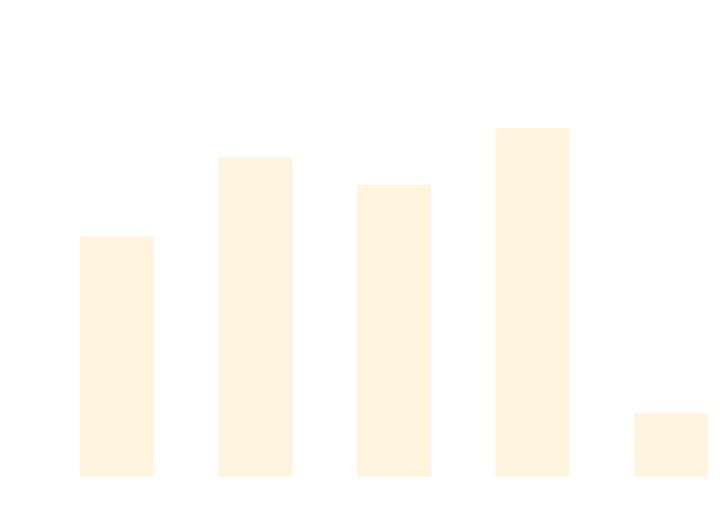
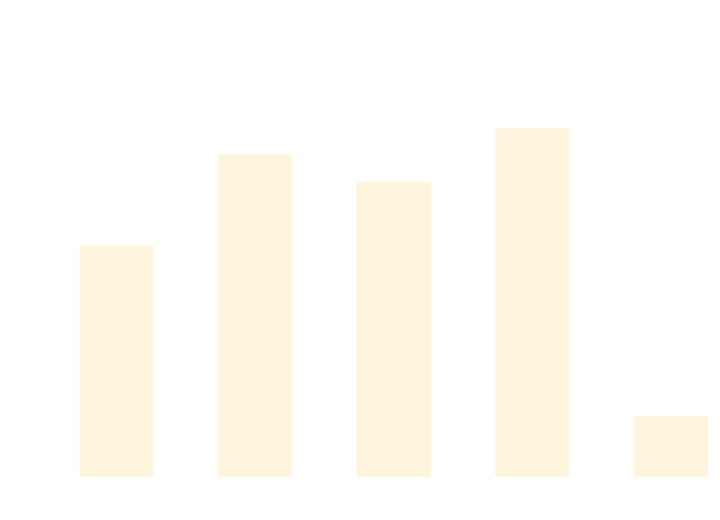
One commit to thomhurst/TUnit changed the diagram in docs/docs/benchmarks/AsyncTests.md. Above: the diagram before and after it, drawn with Mermaid. The commit also changed other lines of this file and 17 other files, not shown here.

````diff
--- a/docs/docs/benchmarks/AsyncTests.md
+++ b/docs/docs/benchmarks/AsyncTests.md
@@ -27,37 +27,37 @@
 ```mermaid
 %%{init: {
   'theme':'base',
   'themeVariables': {
     'primaryColor': '#2563eb',
     'primaryTextColor': '#ffffff',
     'primaryBorderColor': '#1e40af',
     'lineColor': '#6b7280',
     'secondaryColor': '#7c3aed',
     'tertiaryColor': '#dc2626',
     'background': '#ffffff',
     'mainBkg': '#2563eb',
     'secondBkg': '#7c3aed',
     'tertiaryBkg': '#dc2626',
     'clusterBkg': '#f3f4f6',
     'edgeLabelBackground': '#ffffff',
     'tertiaryTextColor': '#1f2937',
     'pie1': '#2563eb',
     'pie2': '#7c3aed',
     'pie3': '#dc2626',
     'pie4': '#f59e0b',
     'pie5': '#10b981',
     'pie6': '#06b6d4',
     'pie7': '#ec4899',
     'pie8': '#6366f1',
     'pie9': '#84cc16',
     'pie10': '#f97316',
     'pie11': '#14b8a6',
     'pie12': '#a855f7'
   }
 }}%%
 xychart-beta
   title "AsyncTests Performance Comparison"
   x-axis ["TUnit", "NUnit", "MSTest", "xUnit3", "TUnit_AOT"]
-  y-axis "Time (ms)" 0 --> 898
-  bar [510.6, 683.8, 624.1, 748.3, 122.7]
+  y-axis "Time (ms)" 0 --> 937
+  bar [511.9, 720, 657.7, 780.3, 121.9]
 ```
````
